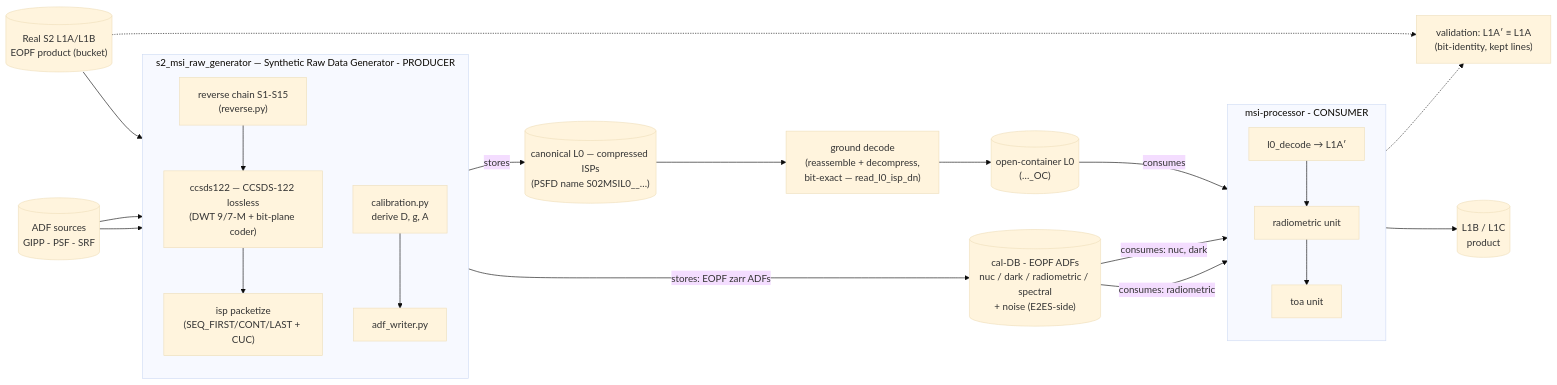
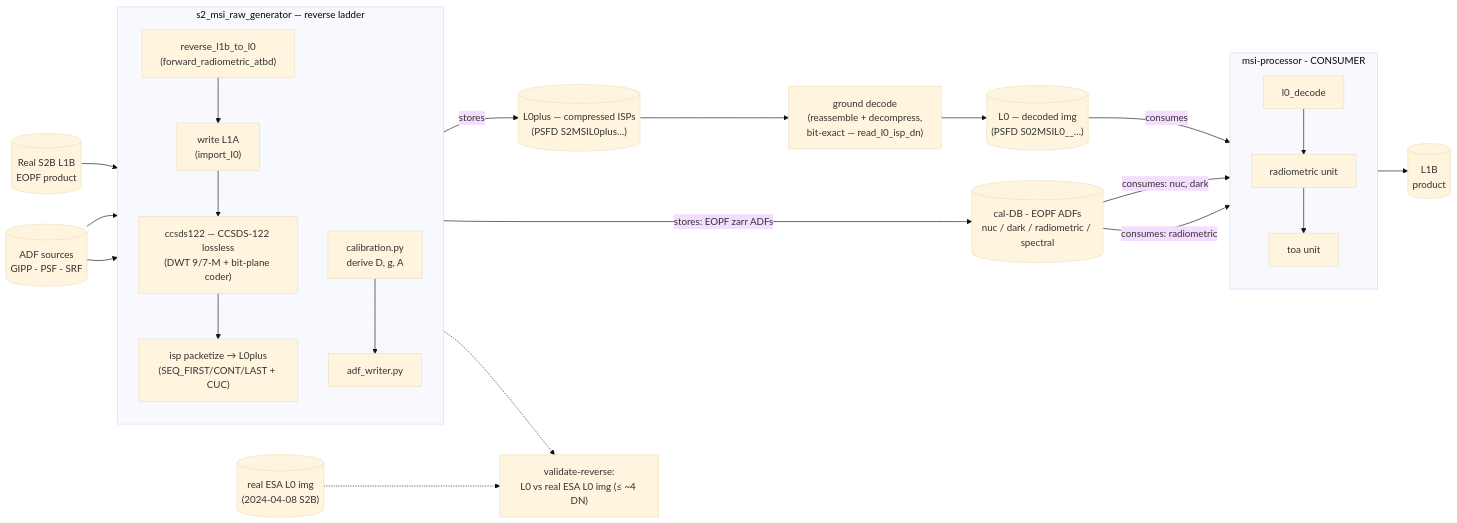
The diagram in README.md (AstroCan17/s2-msi-raw-generator), drawn with Mermaid (base theme) before and after one commit. The commit also changed other lines of this file and 40 other files, not shown here.

````diff
--- a/README.md
+++ b/README.md
@@ -33,39 +29,41 @@
 ```mermaid
 flowchart LR
-    IN[("Real S2 L1A/L1B<br/>EOPF product (bucket)")]
+    IN[("Real S2B L1B<br/>EOPF product")]
     ADFsrc[("ADF sources<br/>GIPP - PSF - SRF")]
-    subgraph GEN["s2_msi_raw_generator — Synthetic Raw Data Generator - PRODUCER"]
+    subgraph GEN["s2_msi_raw_generator — reverse ladder"]
         direction TB
-        REV["reverse chain S1-S15<br/>(reverse.py)"]
+        REV["reverse_l1b_to_l0<br/>(forward_radiometric_atbd)"]
+        L1A["write L1A<br/>(import_l0)"]
         C122["ccsds122 — CCSDS-122 lossless<br/>(DWT 9/7-M + bit-plane coder)"]
-        PKT["isp packetize<br/>(SEQ_FIRST/CONT/LAST + CUC)"]
+        PKT["isp packetize → L0plus<br/>(SEQ_FIRST/CONT/LAST + CUC)"]
         CAL["calibration.py<br/>derive D, g, A"]
         ADFW["adf_writer.py"]
-        REV --> C122 --> PKT
+        REV --> L1A --> C122 --> PKT
     end
-    L0c[("canonical L0 — compressed ISPs<br/>(PSFD name S02MSIL0__…)")]
+    L0plus[("L0plus — compressed ISPs<br/>(PSFD S2MSIL0plus…)")]
     GD["ground decode<br/>(reassemble + decompress,<br/>bit-exact — read_l0_isp_dn)"]
-    L0oc[("open-container L0<br/>(…_OC)")]
-    CALDB[("cal-DB - EOPF ADFs<br/>nuc / dark / radiometric / spectral<br/>+ noise (E2ES-side)")]
+    L0[("L0 — decoded img<br/>(PSFD S02MSIL0__…)")]
+    REALL0[("real ESA L0 img<br/>(2024-04-08 S2B)")]
+    CALDB[("cal-DB - EOPF ADFs<br/>nuc / dark / radiometric / spectral")]
     subgraph PROC["msi-processor - CONSUMER"]
         direction TB
-        L0D["l0_decode → L1A′"]
+        L0D["l0_decode"]
         RAD["radiometric unit"]
         TOA["toa unit"]
     end
-    VAL["validation: L1A′ ≡ L1A<br/>(bit-identity, kept lines)"]
-    L1[("L1B / L1C<br/>product")]
+    VAL["validate-reverse:<br/>L0 vs real ESA L0 img (≤ ~4 DN)"]
+    L1[("L1B<br/>product")]
     IN --> REV
     ADFsrc --> REV
     ADFsrc --> CAL
-    PKT -->|"stores"| L0c
-    L0c --> GD --> L0oc
+    PKT -->|"stores"| L0plus
+    L0plus --> GD --> L0
     CAL --> ADFW -->|"stores: EOPF zarr ADFs"| CALDB
-    L0oc -->|"consumes"| L0D
+    L0 -->|"consumes"| L0D
     L0D --> RAD
     CALDB -->|"consumes: nuc, dark"| RAD
     CALDB -->|"consumes: radiometric"| TOA
     RAD --> TOA --> L1
-    L0D -.-> VAL
-    IN -.-> VAL
+    L1A -.-> VAL
+    REALL0 -.-> VAL
 ```
````
